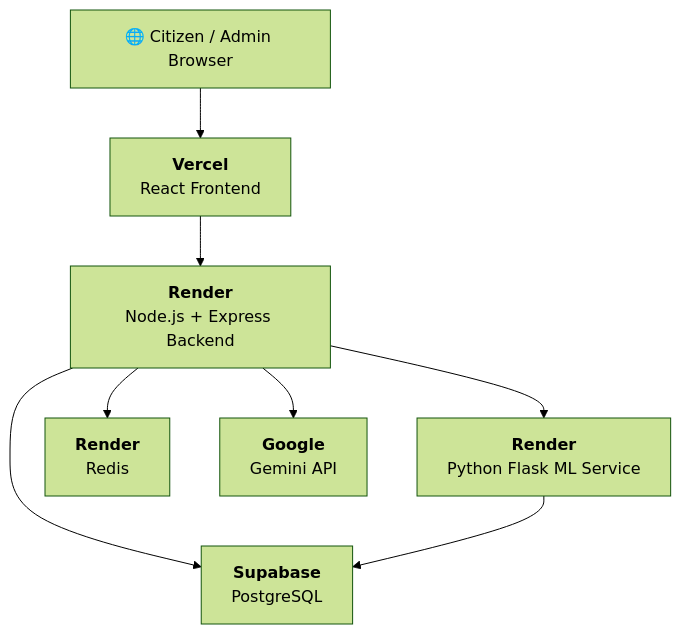
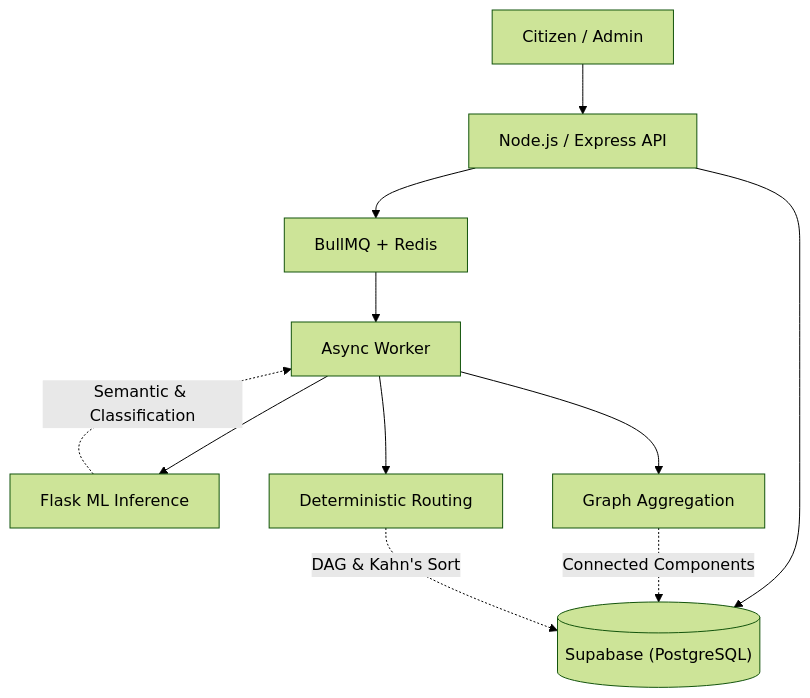
Before and after one commit to Vishh70/grievanceiq: the diagram in README.md, drawn with Mermaid (forest theme). The commit also changed other lines of this file, not shown here.

````diff
--- a/README.md
+++ b/README.md
@@ -499,27 +27,15 @@
 ```mermaid
 flowchart TB
-
-    User["🌐 Citizen / Admin Browser"]
-
-    Vercel["<b>Vercel</b><br/>React Frontend"]
-
-    Backend["<b>Render</b><br/>Node.js + Express Backend"]
-
-    ML["<b>Render</b><br/>Python Flask ML Service"]
-
-    Redis["<b>Render</b><br/>Redis"]
-
-    Supabase["<b>Supabase</b><br/>PostgreSQL"]
-
-    Gemini["<b>Google</b><br/>Gemini API"]
-
-    User --> Vercel
-    Vercel --> Backend
-
-    Backend --> Redis
-    Backend --> Supabase
-    Backend --> ML
-    Backend --> Gemini
-
-    ML --> Supabase
+    Client["Citizen / Admin"] --> API["Node.js / Express API"]
+    API --> DB[("Supabase (PostgreSQL)")]
+    API --> Queue["BullMQ + Redis"]
+    
+    Queue --> Worker["Async Worker"]
+    Worker --> ML["Flask ML Inference"]
+    Worker --> Graph["Graph Aggregation"]
+    Worker --> Workflow["Deterministic Routing"]
+    
+    ML -.->|Semantic & Classification| Worker
+    Graph -.->|Connected Components| DB
+    Workflow -.->|DAG & Kahn's Sort| DB
 ```
````
